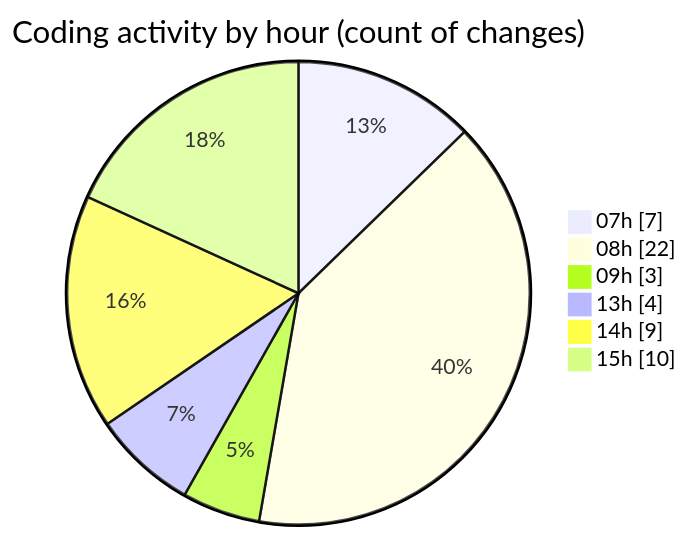
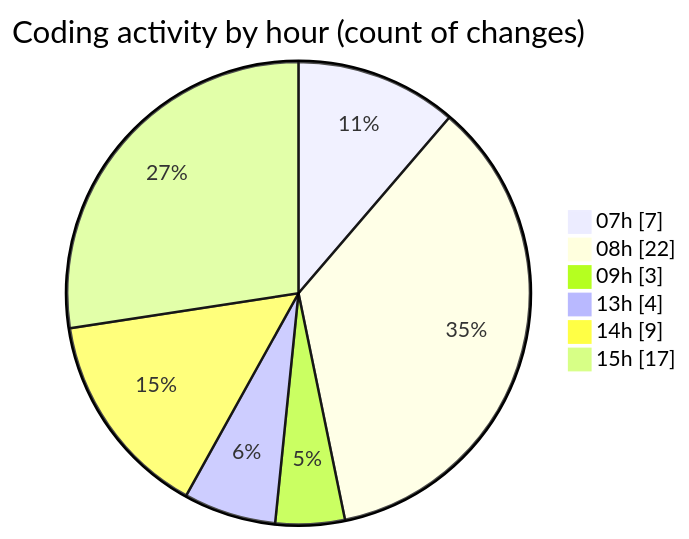
Before and after one commit to Elitesun/code-tracking: the second of 2 diagrams in 2025-05-04/niten/README.md, drawn with Mermaid. The commit also changed other lines of this file and 1 other file, not shown here.

````diff
--- a/2025-05-04/niten/README.md
+++ b/2025-05-04/niten/README.md
@@ -49,10 +51,10 @@
 ```mermaid
 pie showData
 title Coding activity by hour (count of changes)
 "07h" : 7
 "08h" : 22
 "09h" : 3
 "13h" : 4
 "14h" : 9
-"15h" : 10
+"15h" : 17
 ```
````
